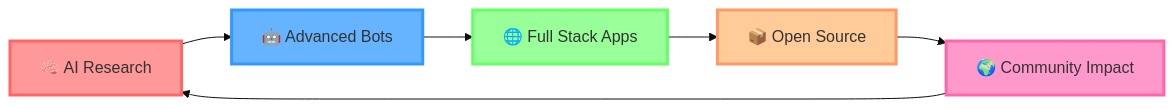
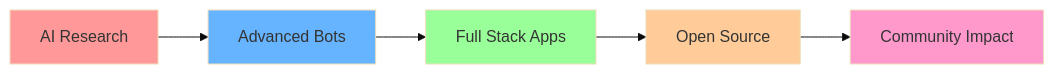
The diagram in README.md (DenxVil/DenxVil), drawn with Mermaid (base theme) before and after one commit. The commit also changed other lines of this file and 3 other files, not shown here.

````diff
--- a/README.md
+++ b/README.md
@@ -569,14 +284,13 @@
 ```mermaid
 graph LR
-    A[🧠 AI Research] --> B[🤖 Advanced Bots]
-    B --> C[🌐 Full Stack Apps]
-    C --> D[📦 Open Source]
-    D --> E[🌍 Community Impact]
-    E --> A
+    A[AI Research] --> B[Advanced Bots]
+    B --> C[Full Stack Apps]
+    C --> D[Open Source]
+    D --> E[Community Impact]
     
-    style A fill:#ff9999,stroke:#ff6666,stroke-width:3px
-    style B fill:#66b3ff,stroke:#3399ff,stroke-width:3px
-    style C fill:#99ff99,stroke:#66ff66,stroke-width:3px
-    style D fill:#ffcc99,stroke:#ff9966,stroke-width:3px
-    style E fill:#ff99cc,stroke:#ff66aa,stroke-width:3px
+    style A fill:#ff9999
+    style B fill:#66b3ff
+    style C fill:#99ff99
+    style D fill:#ffcc99
+    style E fill:#ff99cc
 ```
````
